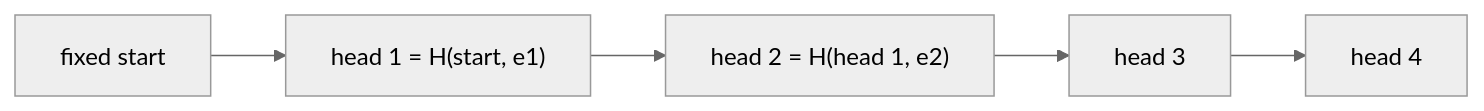
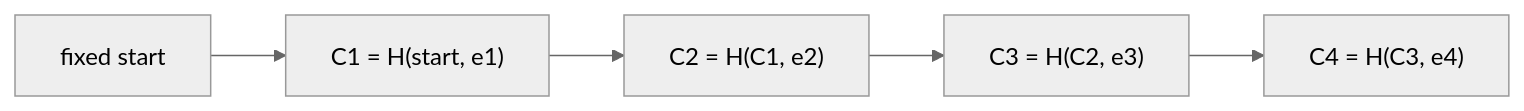
The first of 3 diagrams in guides/cryptographic-hashes/guide.md (bkuberek/coding-study), drawn with Mermaid (neutral theme) before and after one commit. The commit also changed other lines of this file and 12 other files, not shown here.

````diff
--- a/guides/cryptographic-hashes/guide.md
+++ b/guides/cryptographic-hashes/guide.md
@@ -115,6 +128,6 @@
 ```mermaid
 flowchart LR
   accTitle: A hash chain over four log entries
-  accDescr: A fixed starting value feeds head 1, which hashes it with entry e1. Head 2 hashes head 1 with entry 2, and so on to head 4. Each head depends on every entry before it.
-  start["fixed start"] --> h1["head 1 = H(start, e1)"] --> h2["head 2 = H(head 1, e2)"] --> h3["head 3"] --> h4["head 4"]
+  accDescr: A fixed starting value feeds chain digest 1, which hashes it with entry e1. Chain digest 2 hashes chain digest 1 with entry e2, and so on to chain digest 4. Each depends on every entry before it.
+  start["fixed start"] --> c1["C1 = H(start, e1)"] --> c2["C2 = H(C1, e2)"] --> c3["C3 = H(C2, e3)"] --> c4["C4 = H(C3, e4)"]
 ```
````
